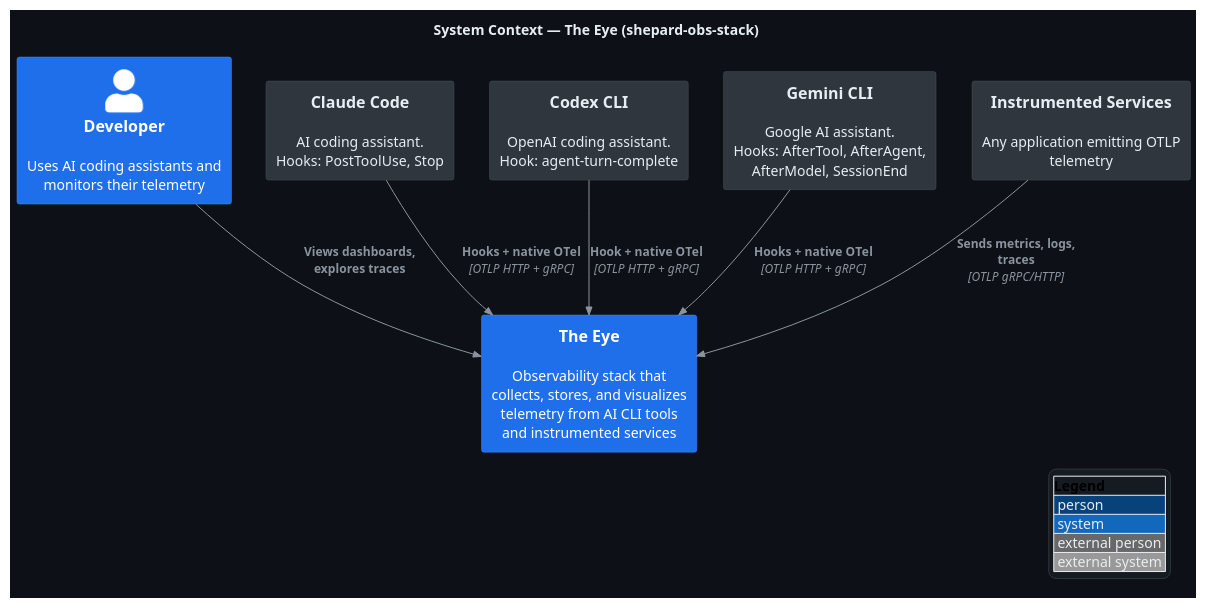
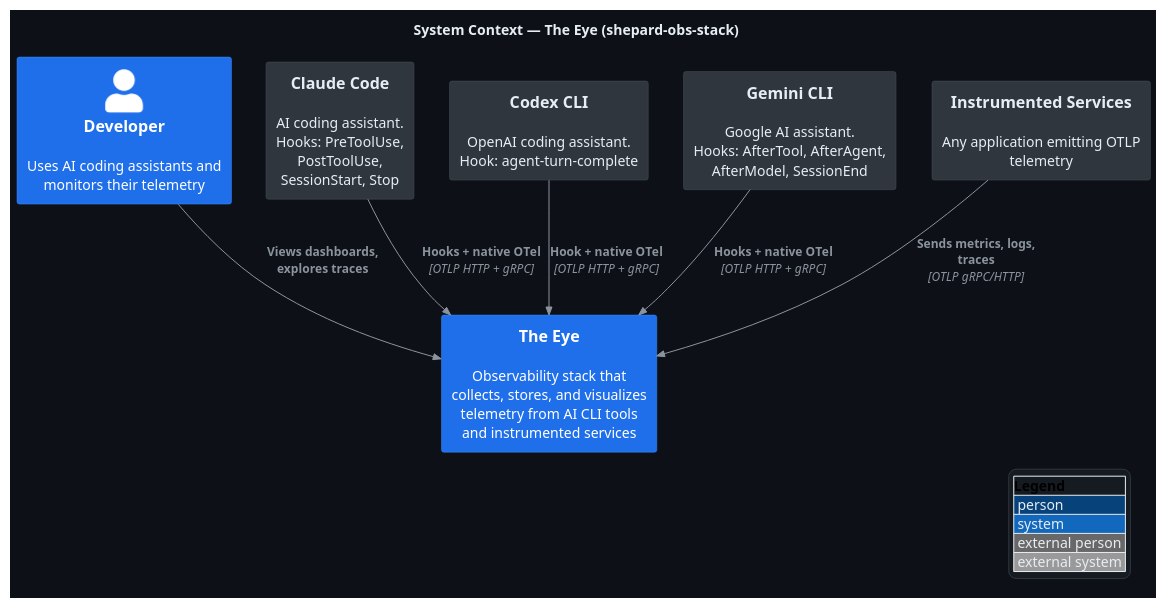
One commit to shepard-system/shepard-obs-stack changed the diagram in docs/c4/c1-system-context.puml. Above: the diagram before and after it, drawn with PlantUML. The commit also changed 1 other file, not shown here.

Commit message:
Update C1 system context diagram to include revised elements and styling

```diff
--- a/docs/c4/c1-system-context.puml
+++ b/docs/c4/c1-system-context.puml
@@ -1,37 +1,37 @@
 @startuml c1-system-context
 !include https://raw.githubusercontent.com/plantuml-stdlib/C4-PlantUML/master/C4_Context.puml
 
 ' ── Dark theme (GitHub #0d1117) ──
 skinparam backgroundColor #0d1117
 skinparam defaultFontColor #e6edf3
 skinparam ArrowColor #8b949e
 skinparam ArrowFontColor #8b949e
 skinparam titleFontColor #e6edf3
 skinparam legendBackgroundColor #161b22
 skinparam legendBorderColor #30363d
 skinparam legendFontColor #e6edf3
 
 UpdateElementStyle("person", $bgColor="#1f6feb", $fontColor="#ffffff", $borderColor="#388bfd")
 UpdateElementStyle("system", $bgColor="#1f6feb", $fontColor="#ffffff", $borderColor="#388bfd")
 UpdateElementStyle("external_system", $bgColor="#30363d", $fontColor="#e6edf3", $borderColor="#484f58")
 
 LAYOUT_WITH_LEGEND()
 
 title System Context — The Eye (shepard-obs-stack)
 
 Person(developer, "Developer", "Uses AI coding assistants and monitors their telemetry")
 
 System(eye, "The Eye", "Observability stack that collects, stores, and visualizes telemetry from AI CLI tools and instrumented services")
 
-System_Ext(claude, "Claude Code", "AI coding assistant.\nHooks: PostToolUse, Stop")
+System_Ext(claude, "Claude Code", "AI coding assistant.\nHooks: PreToolUse, PostToolUse,\nSessionStart, Stop")
 System_Ext(codex, "Codex CLI", "OpenAI coding assistant.\nHook: agent-turn-complete")
 System_Ext(gemini, "Gemini CLI", "Google AI assistant.\nHooks: AfterTool, AfterAgent,\nAfterModel, SessionEnd")
 System_Ext(apps, "Instrumented Services", "Any application emitting OTLP telemetry")
 
 Rel(developer, eye, "Views dashboards, explores traces")
 Rel(claude, eye, "Hooks + native OTel", "OTLP HTTP + gRPC")
 Rel(codex, eye, "Hook + native OTel", "OTLP HTTP + gRPC")
 Rel(gemini, eye, "Hooks + native OTel", "OTLP HTTP + gRPC")
 Rel(apps, eye, "Sends metrics, logs, traces", "OTLP gRPC/HTTP")
 
 @enduml
```
